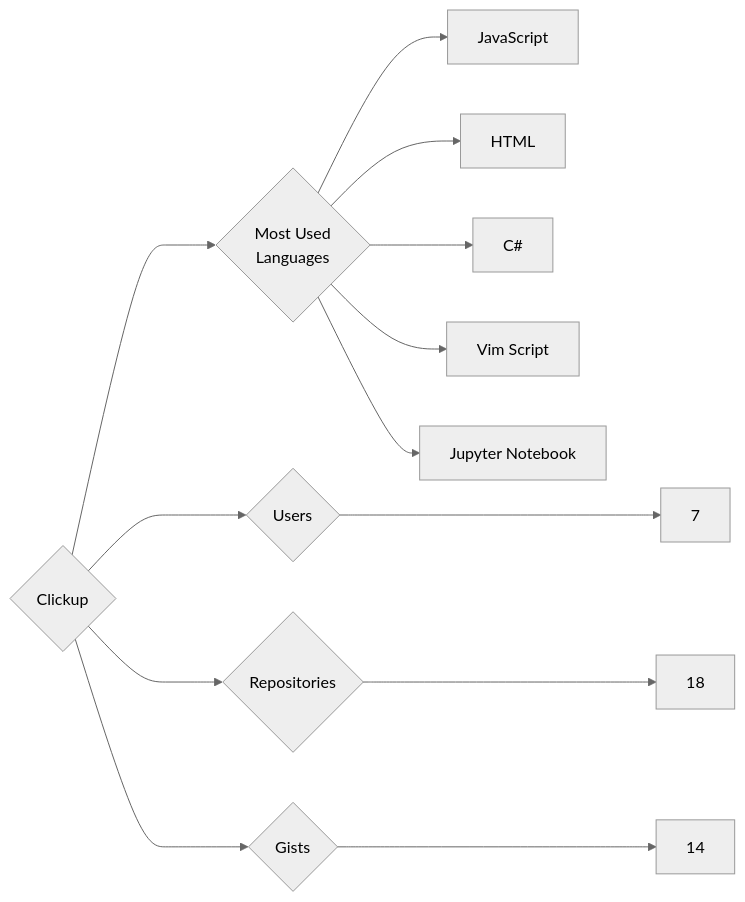
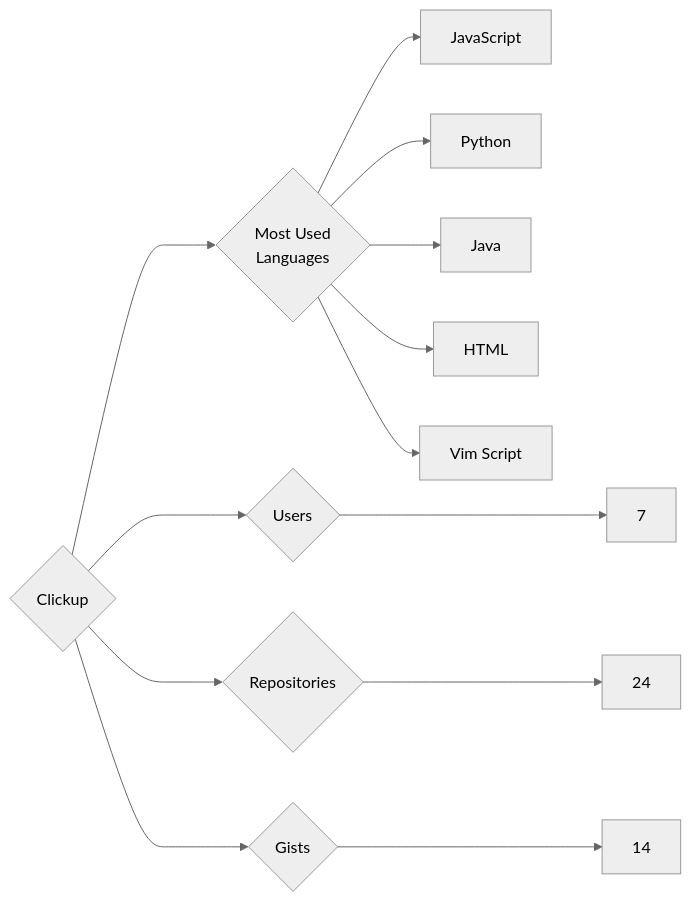
Before and after one commit to trickest/insiders: the diagram in targets/Clickup/README.md, drawn with Mermaid (neutral theme). The commit also changed 1020 other files, not shown here.

````diff
--- a/targets/Clickup/README.md
+++ b/targets/Clickup/README.md
@@ -3,13 +3,13 @@
 ```mermaid
 graph LR
 COMPANY_NAME{Clickup}
 COMPANY_NAME ---> U{Users} ---> UN[7]
-COMPANY_NAME ---> R{Repositories} ---> RN[18]
+COMPANY_NAME ---> R{Repositories} ---> RN[24]
 COMPANY_NAME ---> G{Gists} ---> GN[14]
 COMPANY_NAME ---> ML{Most Used<br>Languages}
 ML --> JavaScript[JavaScript]
+ML --> Python[Python]
+ML --> Java[Java]
 ML --> HTML[HTML]
-ML --> C#[C#]
 ML --> Vim_Script[Vim Script]
-ML --> Jupyter_Notebook[Jupyter Notebook]
 ```
````
